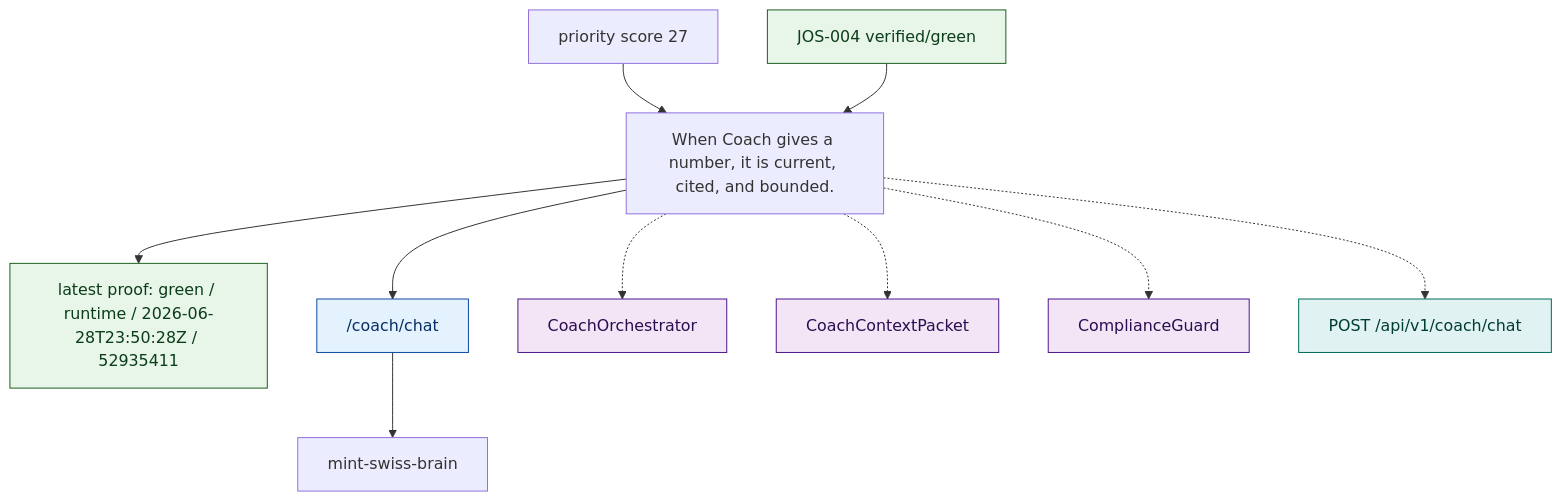
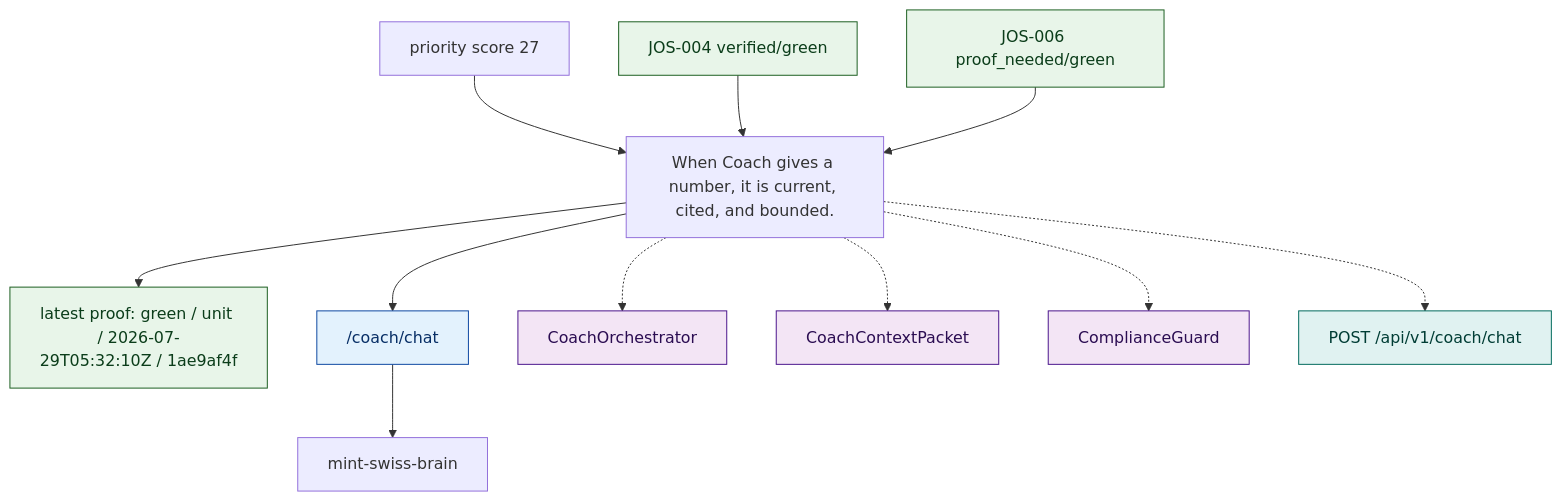
Before and after one commit to MINT-IA/MINT: the diagram in .planning/journeys/diagrams/coach_advice_turn.mmd, drawn with Mermaid. The commit also changed 10 other files, not shown here.

```diff
--- a/.planning/journeys/diagrams/coach_advice_turn.mmd
+++ b/.planning/journeys/diagrams/coach_advice_turn.mmd
@@ -1,36 +1,39 @@
 %% Generated from .planning/journeys/records/coach_advice_turn.json
 flowchart TD
   promise["When Coach gives a number, it is current, cited, and bounded."]
   team["mint-swiss-brain"]
-  latest["latest proof: green / runtime / 2026-06-28T23:50:28Z / 52935411"]
+  latest["latest proof: green / unit / 2026-07-29T05:32:10Z / 1ae9af4f"]
   promise --> latest
   classDef green fill:#e8f5e9,stroke:#1b5e20,color:#0b3d1a;
   classDef red fill:#ffebee,stroke:#b71c1c,color:#5f1111;
   classDef amber fill:#fff8e1,stroke:#ff8f00,color:#5f3b00;
   classDef blocked fill:#eceff1,stroke:#455a64,color:#263238;
   classDef neutral fill:#f5f5f5,stroke:#616161,color:#212121;
   classDef route fill:#e3f2fd,stroke:#0d47a1,color:#082f66;
   classDef surface fill:#f3e5f5,stroke:#4a148c,color:#2b0d52;
   classDef api fill:#e0f2f1,stroke:#00695c,color:#003d35;
   class latest green
   priority["priority score 27"]
   priority --> promise
   route_coach_chat["/coach/chat"]
   promise --> route_coach_chat
   route_coach_chat --> team
   class route_coach_chat route
   surface_CoachOrchestrator["CoachOrchestrator"]
   promise -.-> surface_CoachOrchestrator
   class surface_CoachOrchestrator surface
   surface_CoachContextPacket["CoachContextPacket"]
   promise -.-> surface_CoachContextPacket
   class surface_CoachContextPacket surface
   surface_ComplianceGuard["ComplianceGuard"]
   promise -.-> surface_ComplianceGuard
   class surface_ComplianceGuard surface
   api_POST_api_v1_coach_chat["POST /api/v1/coach/chat"]
   promise -.-> api_POST_api_v1_coach_chat
   class api_POST_api_v1_coach_chat api
   issue_JOS_004["JOS-004 verified/green"]
   issue_JOS_004 --> promise
   class issue_JOS_004 green
+  issue_JOS_006["JOS-006 proof_needed/green"]
+  issue_JOS_006 --> promise
+  class issue_JOS_006 green
```
